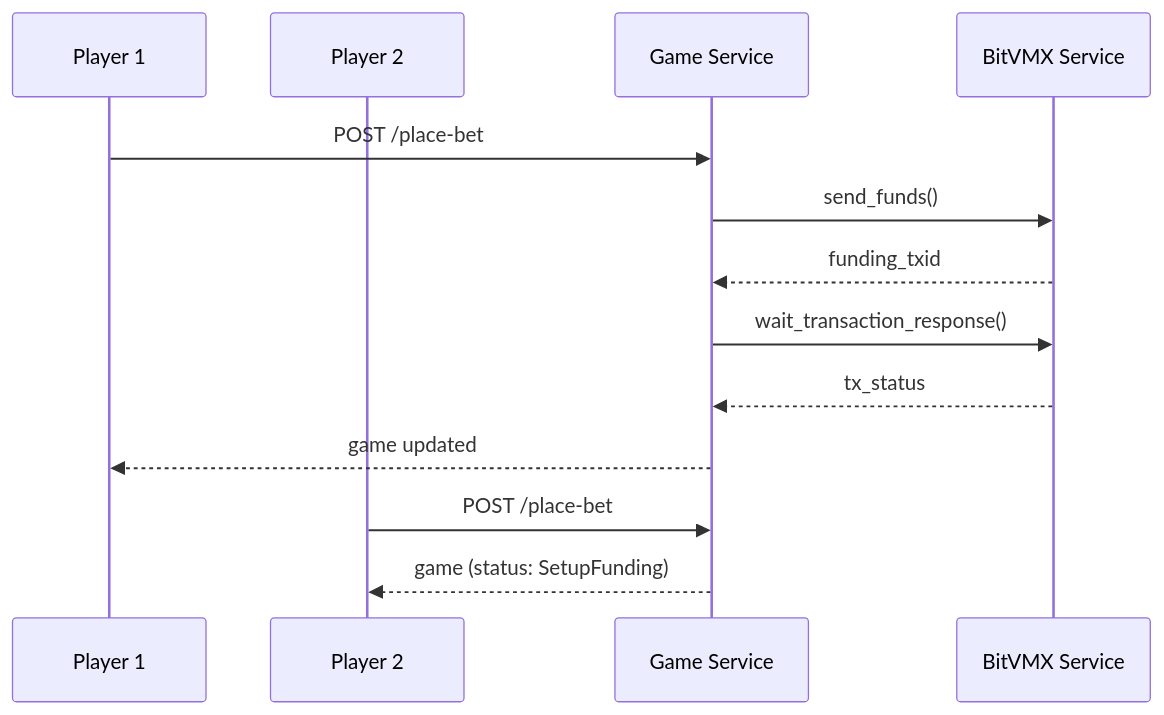
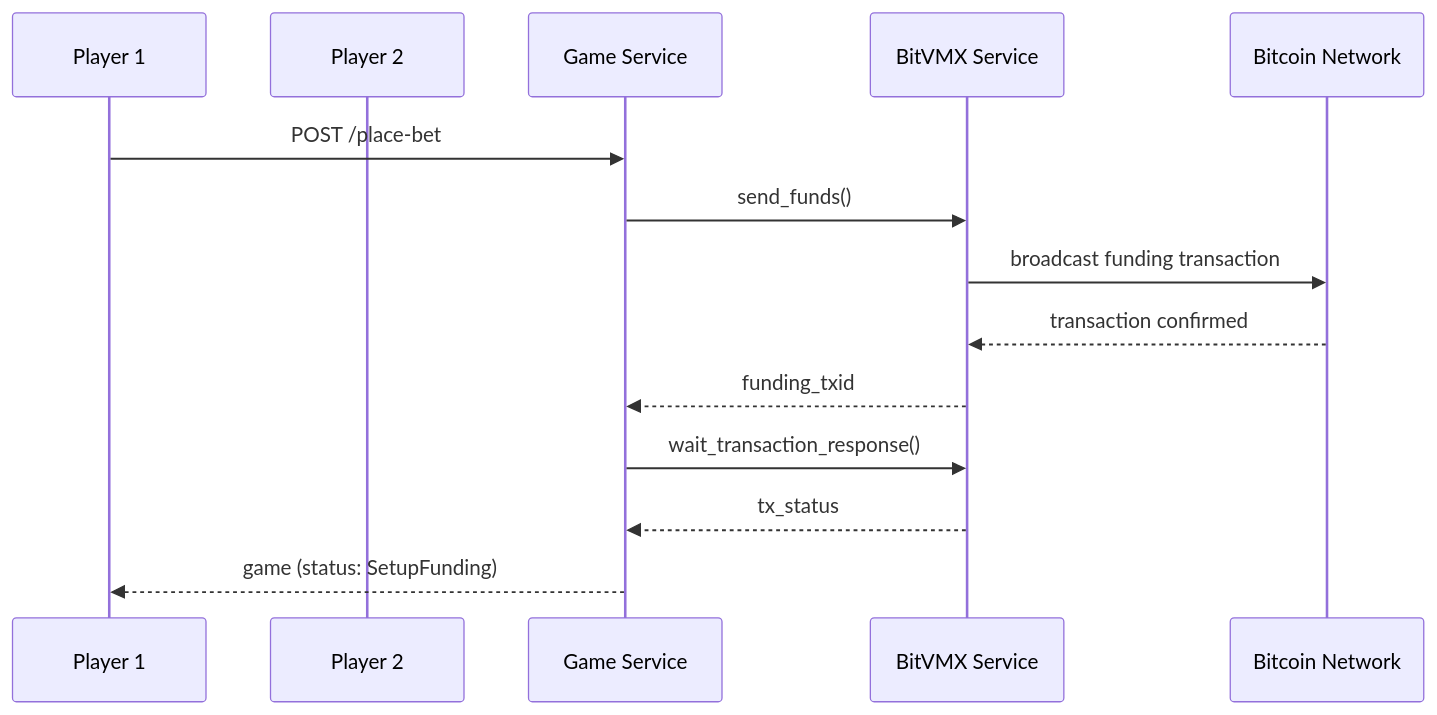
Before and after one commit to FairgateLabs/bitvmx-hackathon-games: the second of 7 diagrams in GAME_FLOW.md, drawn with Mermaid. The commit also changed other lines of this file and 4 other files, not shown here.

````diff
--- a/GAME_FLOW.md
+++ b/GAME_FLOW.md
@@ -89,17 +105,17 @@
 ```mermaid
 sequenceDiagram
     participant P1 as Player 1
     participant P2 as Player 2
     participant Game as Game Service
     participant BitVMX as BitVMX Service
+    participant Bitcoin as Bitcoin Network
     
     P1->>Game: POST /place-bet
     Game->>BitVMX: send_funds()
+    BitVMX->>Bitcoin: broadcast funding transaction
+    Bitcoin-->>BitVMX: transaction confirmed
     BitVMX-->>Game: funding_txid
     Game->>BitVMX: wait_transaction_response()
     BitVMX-->>Game: tx_status
-    Game-->>P1: game updated
-    
-    P2->>Game: POST /place-bet
-    Game-->>P2: game (status: SetupFunding)
+    Game-->>P1: game (status: SetupFunding)
 ```
````
